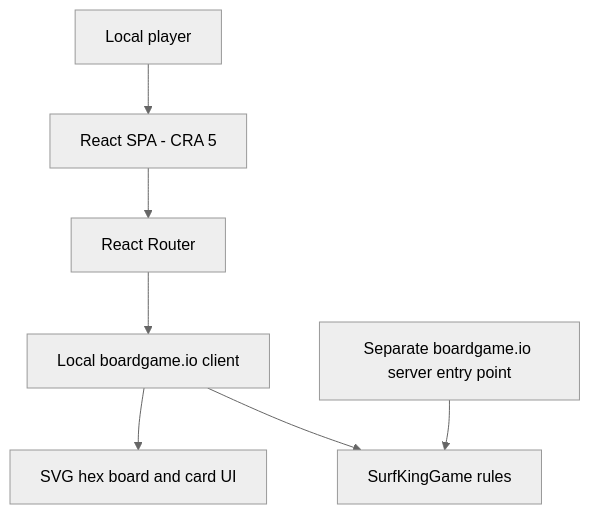
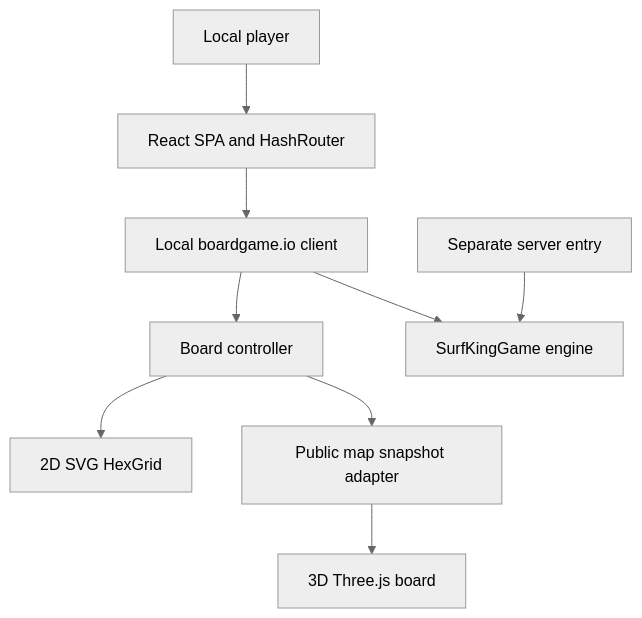
The first of 2 diagrams in docs/ARCHITECTURE.md (board-games-jf/surf-king-react), drawn with Mermaid (neutral theme) before and after one commit. The commit also changed other lines of this file and 11 other files, not shown here.

````diff
--- a/docs/ARCHITECTURE.md
+++ b/docs/ARCHITECTURE.md
@@ -7,9 +7,11 @@
 ```mermaid
 flowchart TB
-  User[Local player] --> Browser[React SPA - CRA 5]
-  Browser --> Router[React Router]
-  Router --> Local[Local boardgame.io client]
-  Local --> UI[SVG hex board and card UI]
-  Local --> Engine[SurfKingGame rules]
-  Server[Separate boardgame.io server entry point] --> Engine
+  Player[Local player] --> SPA[React SPA and HashRouter]
+  SPA --> Game[Local boardgame.io client]
+  Game --> Controller[Board controller]
+  Game --> Engine[SurfKingGame engine]
+  Controller --> SVG[2D SVG HexGrid]
+  Controller --> Snapshot[Public map snapshot adapter]
+  Snapshot --> Three[3D Three.js board]
+  Server[Separate server entry] --> Engine
 ```
````
